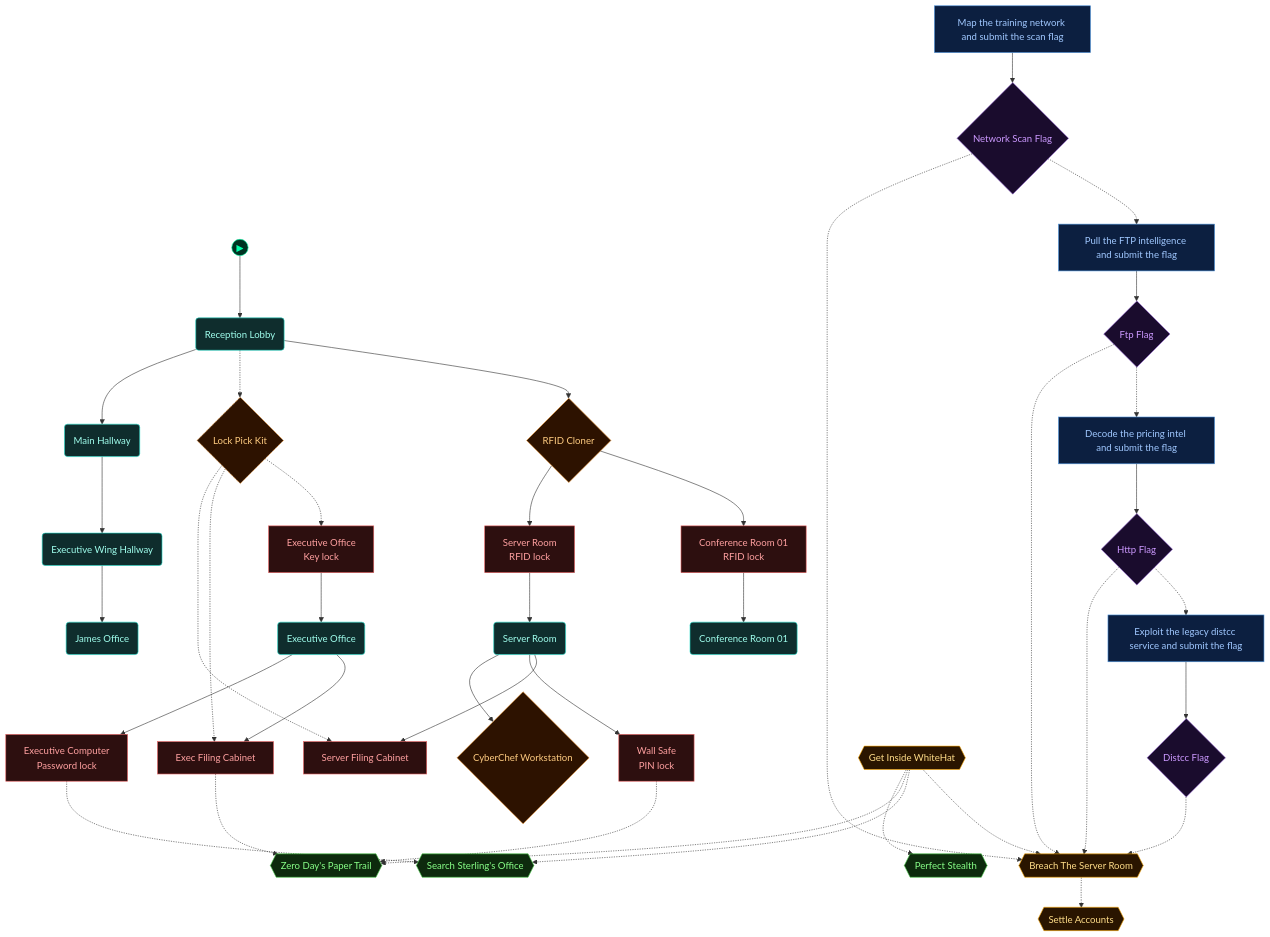
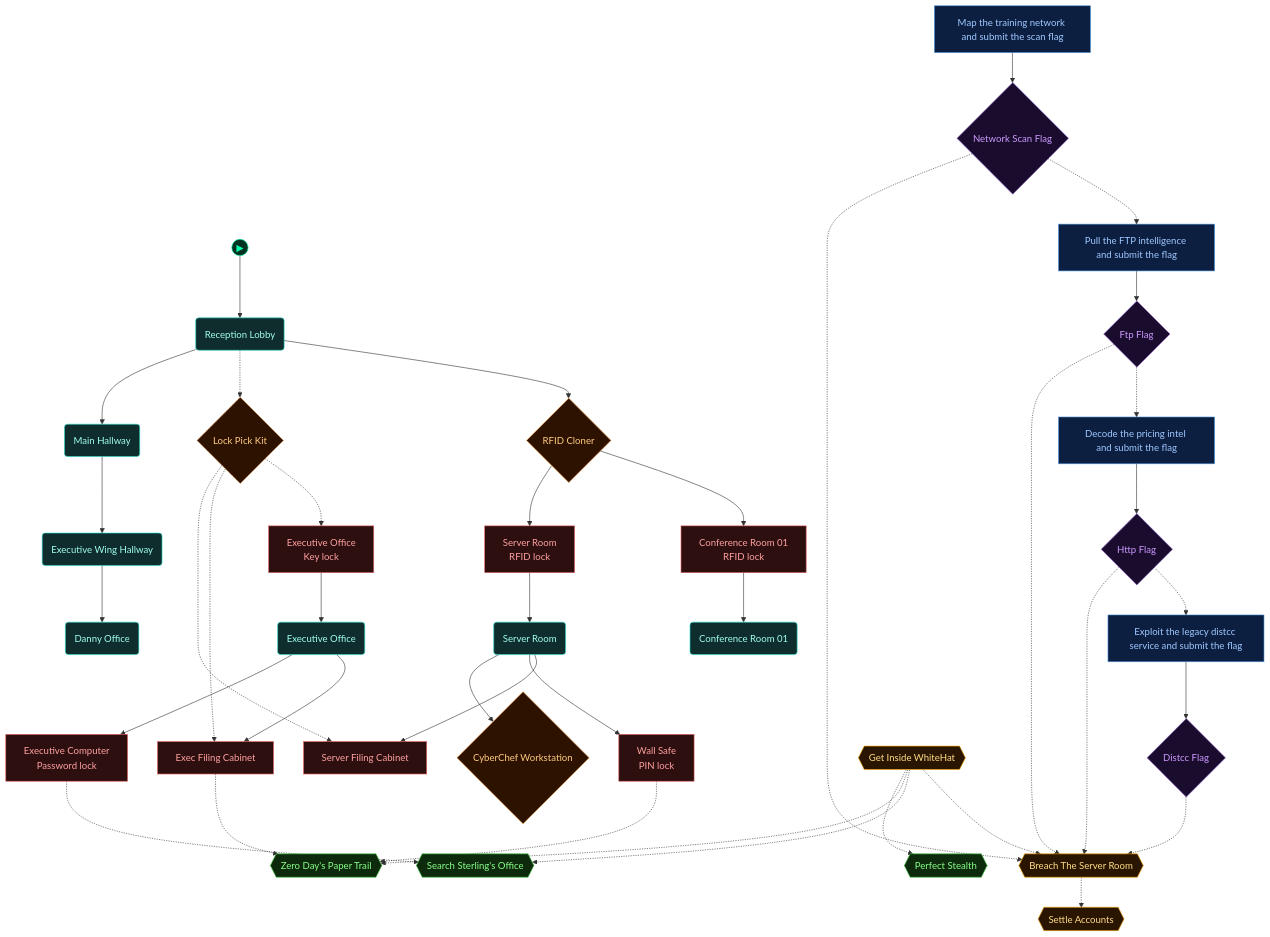
One commit to cliffe/BreakEscape changed the third of 5 diagrams in scenarios/m03_ghost_in_the_machine/dungeon_graph.md. Above: the diagram before and after it, drawn with Mermaid. The commit also changed other lines of this file and 51 other files, not shown here.

```diff
--- a/scenarios/m03_ghost_in_the_machine/dungeon_graph.md
+++ b/scenarios/m03_ghost_in_the_machine/dungeon_graph.md
@@ -220,7 +220,7 @@
   vmfl_submit_distcc_flag{"Distcc Flag"}
   main_hallway("Main Hallway")
   executive_wing_hallway("Executive Wing Hallway")
-  james_office("James Office")
+  danny_office("Danny Office")
   aim_act1_gain_access{{"Get Inside WhiteHat"}}
   aim_act2_breach_server_room{{"Breach The Server Room"}}
   aim_search_executive_office{{"Search Sterling's Office"}}
@@ -252,7 +252,7 @@
   vmfl_submit_http_flag -.-> vmch_submit_distcc_flag
   reception_lobby --> main_hallway
   main_hallway --> executive_wing_hallway
-  executive_wing_hallway --> james_office
+  executive_wing_hallway --> danny_office
   aim_act1_gain_access -.-> aim_act2_breach_server_room
   aim_act1_gain_access -.-> aim_search_executive_office
   aim_act1_gain_access -.-> aim_collect_lore
@@ -267,7 +267,7 @@
   lock_wall_safe_server -.-> aim_collect_lore
 
   class door_conference_room_01,door_server_room,door_executive_office,lock_exec_filing_cabinet,lock_server_filing_cabinet,lock_wall_safe_server,lock_victoria_computer lock
-  class conference_room_01,server_room,executive_office,reception_lobby,main_hallway,executive_wing_hallway,james_office room
+  class conference_room_01,server_room,executive_office,reception_lobby,main_hallway,executive_wing_hallway,danny_office room
   class rfid_cloner,lock_pick_kit,cyberchef_workstation item
   class vmch_submit_network_scan_flag,vmch_submit_ftp_flag,vmch_submit_http_flag,vmch_submit_distcc_flag vm
   class vmfl_submit_network_scan_flag,vmfl_submit_ftp_flag,vmfl_submit_http_flag,vmfl_submit_distcc_flag flag
```
